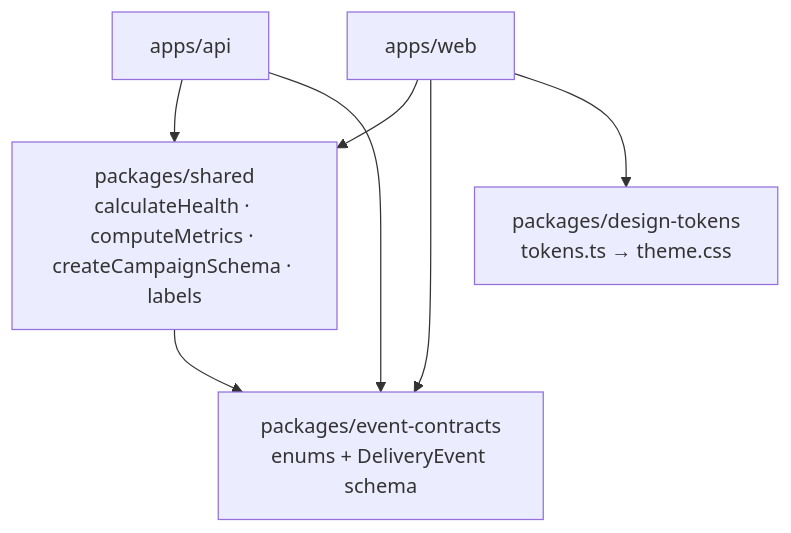
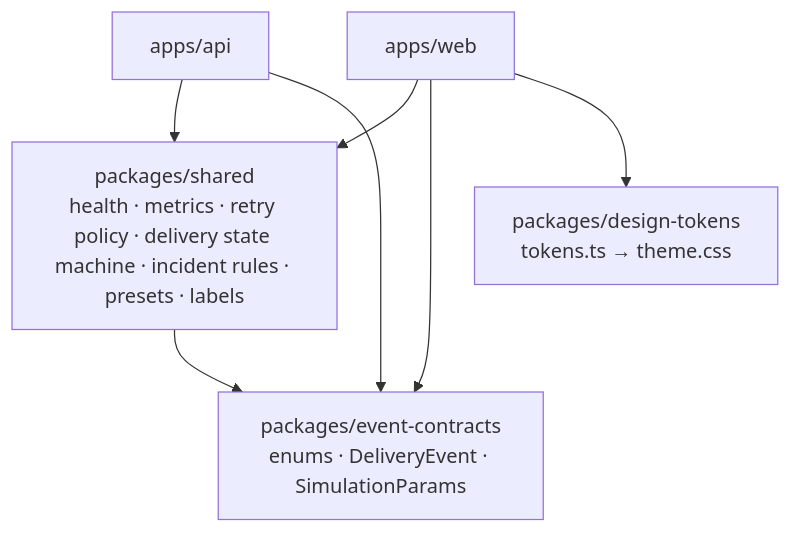
One commit to shekar987/CampaignPulse changed the second of 3 diagrams in docs/architecture.md. Above: the diagram before and after it, drawn with Mermaid. The commit also changed other lines of this file and 4 other files, not shown here.

Commit message:
docs: describe the delivery pipeline, AWS architecture and new decisions

````diff
--- a/docs/architecture.md
+++ b/docs/architecture.md
@@ -31,15 +39,15 @@
 ```mermaid
 flowchart TD
-  contracts[packages/event-contracts<br/>enums + DeliveryEvent schema]
-  shared[packages/shared<br/>calculateHealth · computeMetrics · createCampaignSchema · labels]
+  contracts[packages/event-contracts<br/>enums · DeliveryEvent · SimulationParams]
+  shared[packages/shared<br/>health · metrics · retry policy · delivery state machine · incident rules · presets · labels]
   tokens[packages/design-tokens<br/>tokens.ts → theme.css]
   api[apps/api]
   web[apps/web]
 
   shared --> contracts
   api --> shared
   api --> contracts
   web --> shared
   web --> contracts
   web --> tokens
 ```
````
